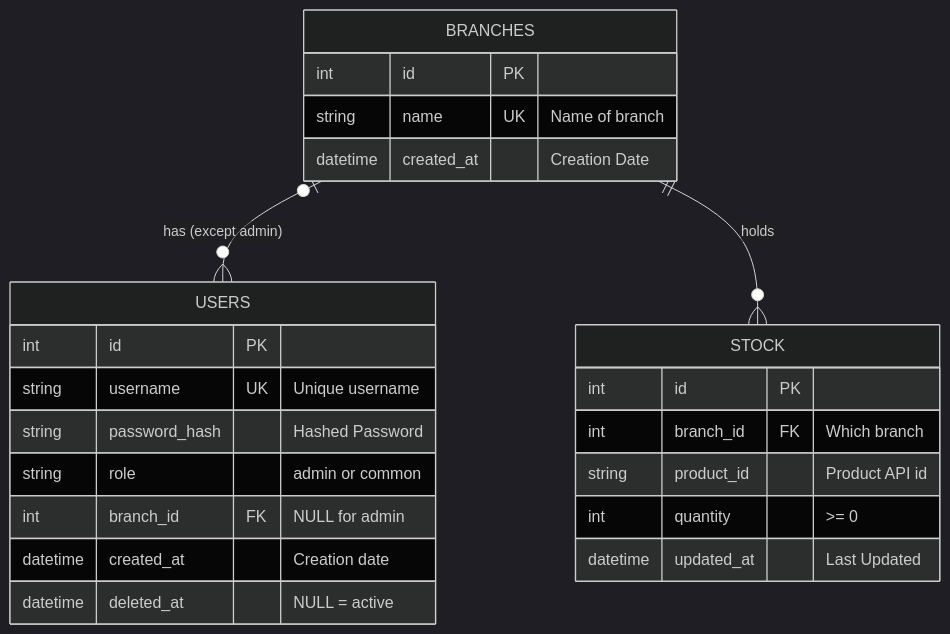
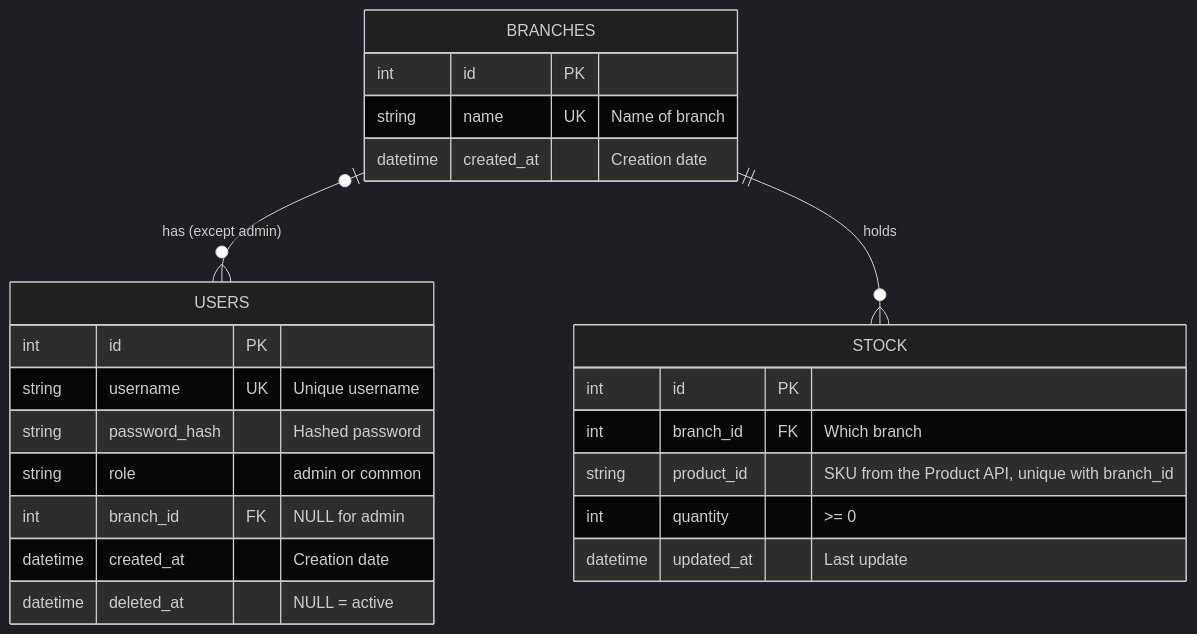
One commit to The-TO/HBntory_T_T_D changed the diagram in docs/database.md. Above: the diagram before and after it, drawn with Mermaid (dark theme). The commit also changed other lines of this file and 5 other files, not shown here.

Commit message:
FEAT: enhance init_db.py for improved database initialization and remove sql_db.sql DOCS: update architecture, database, decisions, and MVP documentation for clarity and accuracy

````diff
--- a/docs/database.md
+++ b/docs/database.md
@@ -27,26 +71,26 @@
 ```mermaid
 erDiagram
    BRANCHES |o--o{ USERS : "has (except admin)"
    BRANCHES ||--o{ STOCK : holds
    BRANCHES {
        int id PK
        string name UK "Name of branch"
-       datetime created_at "Creation Date"
+       datetime created_at "Creation date"
    }
    USERS {
        int id PK
        string username UK "Unique username"
-       string password_hash "Hashed Password"
+       string password_hash "Hashed password"
        string role "admin or common"
        int branch_id FK "NULL for admin"
        datetime created_at "Creation date"
        datetime deleted_at "NULL = active"
    }
    STOCK {
        int id PK
        int branch_id FK "Which branch"
-       string product_id "Product API id"
+       string product_id "SKU from the Product API, unique with branch_id"
        int quantity ">= 0"
-       datetime updated_at "Last Updated"
+       datetime updated_at "Last update"
    }
 ```
````
